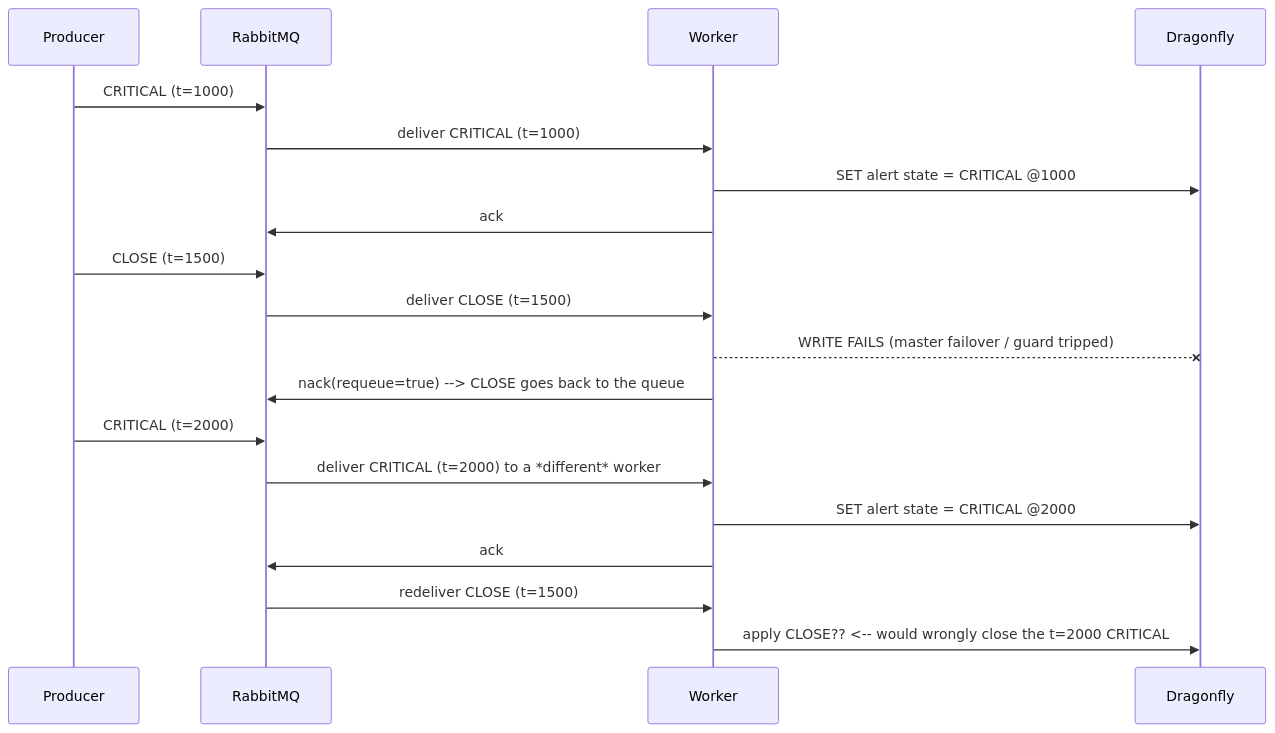
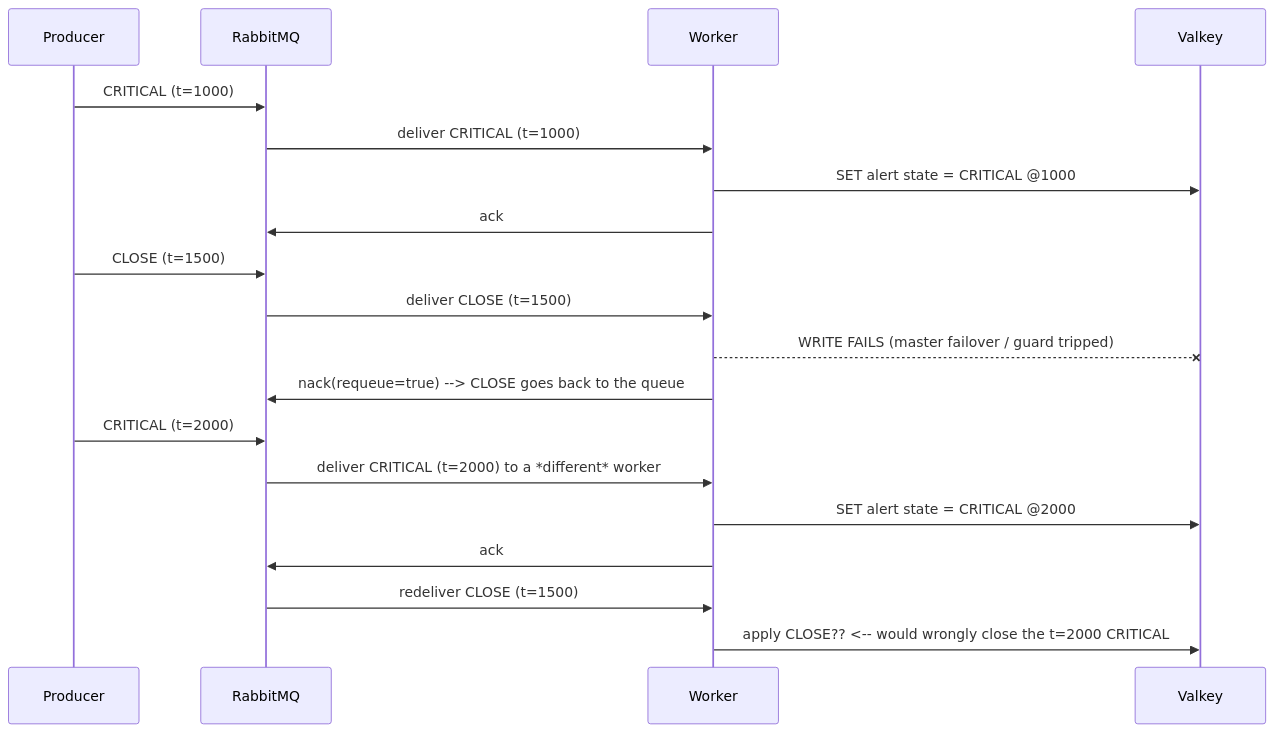
One commit to cucumberone/fire-watch changed the diagram in docs/event-lifecycle.md. Above: the diagram before and after it, drawn with Mermaid. The commit also changed other lines of this file and 92 other files, not shown here.

````diff
--- a/docs/event-lifecycle.md
+++ b/docs/event-lifecycle.md
@@ -74,25 +74,25 @@
 ```mermaid
 sequenceDiagram
   participant P as Producer
   participant RMQ as RabbitMQ
   participant W as Worker
-  participant DF as Dragonfly
+  participant DF as Valkey
 
   P->>RMQ: CRITICAL (t=1000)
   RMQ->>W: deliver CRITICAL (t=1000)
   W->>DF: SET alert state = CRITICAL @1000
   W->>RMQ: ack
 
   P->>RMQ: CLOSE (t=1500)
   RMQ->>W: deliver CLOSE (t=1500)
   W--xDF: WRITE FAILS (master failover / guard tripped)
   W->>RMQ: nack(requeue=true)  --> CLOSE goes back to the queue
 
   P->>RMQ: CRITICAL (t=2000)
   RMQ->>W: deliver CRITICAL (t=2000) to a *different* worker
   W->>DF: SET alert state = CRITICAL @2000
   W->>RMQ: ack
 
   RMQ->>W: redeliver CLOSE (t=1500)
   W->>DF: apply CLOSE??  <-- would wrongly close the t=2000 CRITICAL
 ```
````
